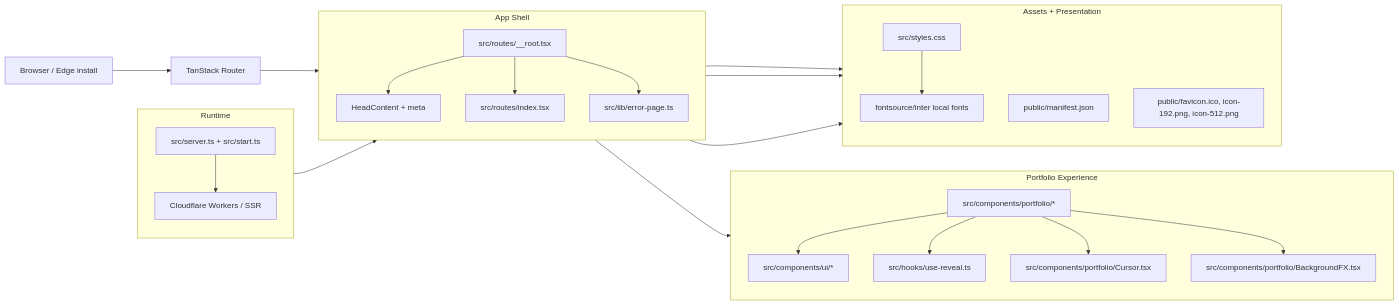
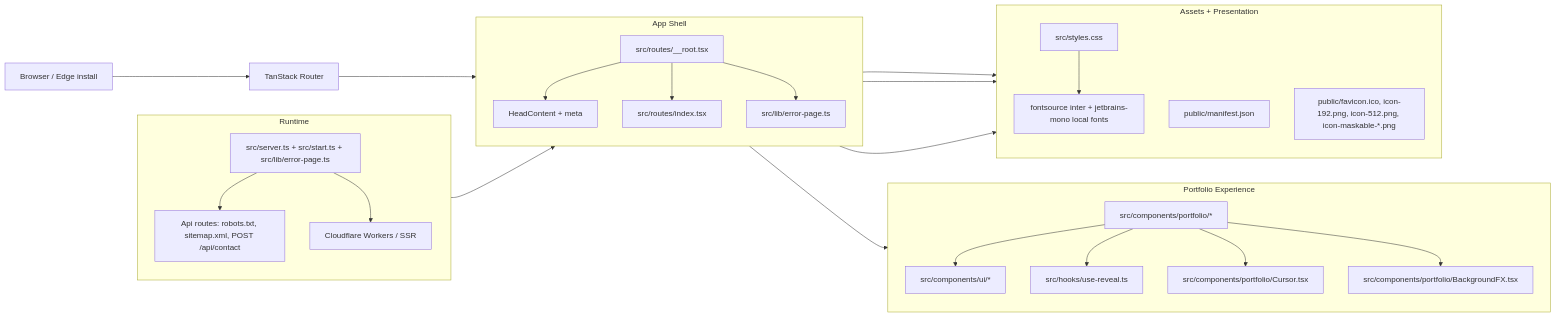
The diagram in README.md (divyanshakya966/divyansh.dev), drawn with Mermaid before and after one commit. The commit also changed other lines of this file and 100 other files, not shown here.

````diff
--- a/README.md
+++ b/README.md
@@ -29,51 +100,53 @@
 ```mermaid
 flowchart LR
 	Browser[Browser / Edge install] --> Router[TanStack Router]
 
 	subgraph AppShell[App Shell]
 		direction TB
 		Root[src/routes/__root.tsx]
 		Head[HeadContent + meta]
 		Index[src/routes/index.tsx]
 		Error[src/lib/error-page.ts]
 		Root --> Head
 		Root --> Index
 		Root --> Error
 	end
 
 	subgraph Experience[Portfolio Experience]
 		direction TB
 		Portfolio[src/components/portfolio/*]
 		UI[src/components/ui/*]
 		Reveal[src/hooks/use-reveal.ts]
 		Cursor[src/components/portfolio/Cursor.tsx]
 		FX[src/components/portfolio/BackgroundFX.tsx]
 		Portfolio --> UI
 		Portfolio --> Reveal
 		Portfolio --> Cursor
 		Portfolio --> FX
 	end
 
 	subgraph Assets[Assets + Presentation]
 		direction TB
 		Styles[src/styles.css]
-		Fonts[fontsource/inter local fonts]
+		Fonts[fontsource inter + jetbrains-mono local fonts]
 		Manifest[public/manifest.json]
-		Icons[public/favicon.ico, icon-192.png, icon-512.png]
+		Icons[public/favicon.ico, icon-192.png, icon-512.png, icon-maskable-*.png]
 		Styles --> Fonts
 		Head --> Manifest
 		Head --> Icons
 	end
 
 	subgraph Runtime[Runtime]
 		direction TB
-		Server[src/server.ts + src/start.ts]
+		Server[src/server.ts + src/start.ts + src/lib/error-page.ts]
+		Api[Api routes: robots.txt, sitemap.xml, POST /api/contact]
 		Cloudflare[Cloudflare Workers / SSR]
+		Server --> Api
 		Server --> Cloudflare
 	end
 
 	Router --> Root
 	Index --> Portfolio
 	Root --> Styles
 	Server --> Error
 ```
````
